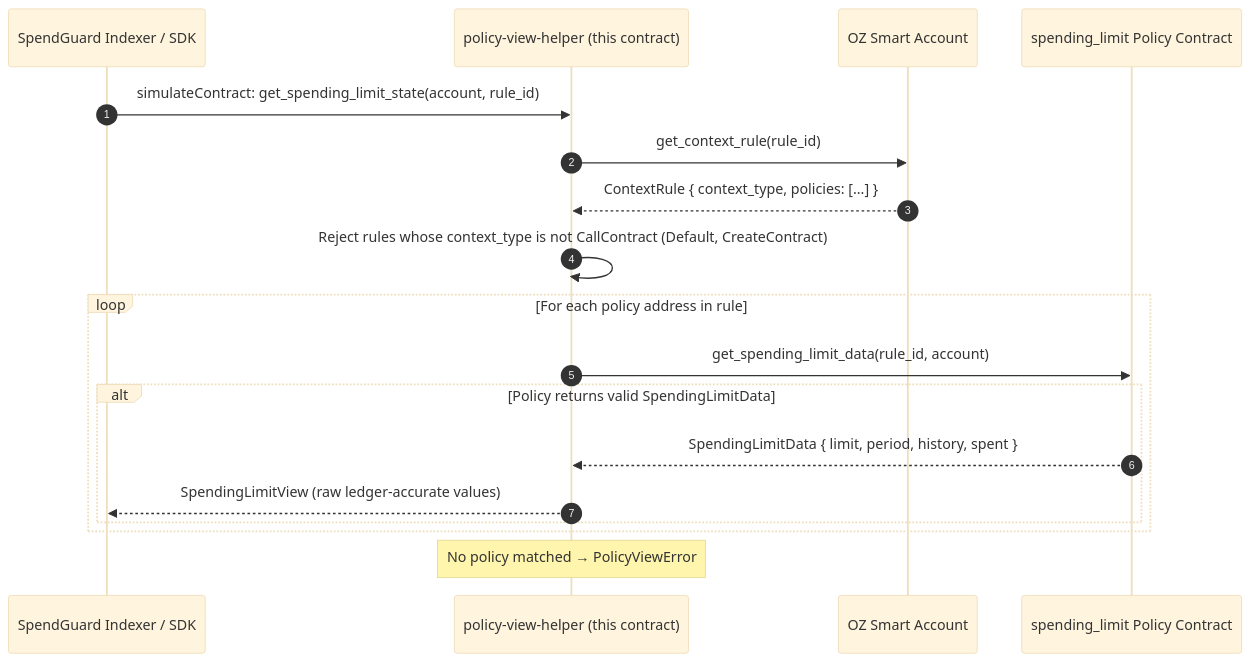
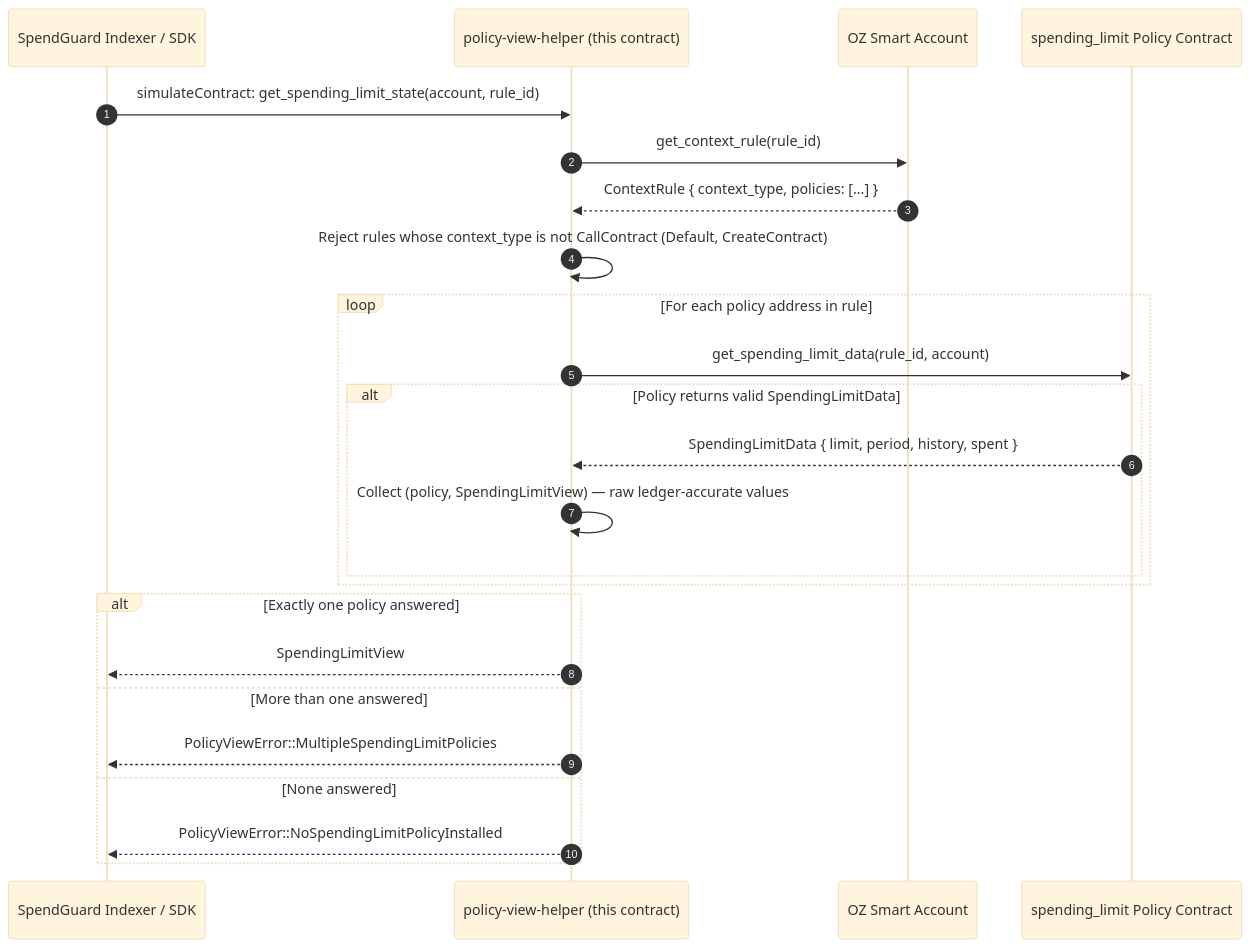
One commit to Spendguard/spendguard-contract changed the diagram in README.md. Above: the diagram before and after it, drawn with Mermaid (base theme). The commit also changed other lines of this file and 4 other files, not shown here.

````diff
--- a/README.md
+++ b/README.md
@@ -52,21 +52,27 @@
 ```mermaid
 sequenceDiagram
     autonumber
     participant IX as SpendGuard Indexer / SDK
     participant VH as policy-view-helper (this contract)
     participant SA as OZ Smart Account
     participant PL as spending_limit Policy Contract
 
     IX->>VH: simulateContract: get_spending_limit_state(account, rule_id)
     VH->>SA: get_context_rule(rule_id)
     SA-->>VH: ContextRule { context_type, policies: [...] }
     VH->>VH: Reject rules whose context_type is not CallContract (Default, CreateContract)
     loop For each policy address in rule
         VH->>PL: get_spending_limit_data(rule_id, account)
         alt Policy returns valid SpendingLimitData
             PL-->>VH: SpendingLimitData { limit, period, history, spent }
-            VH-->>IX: SpendingLimitView (raw ledger-accurate values)
+            VH->>VH: Collect (policy, SpendingLimitView) — raw ledger-accurate values
         end
     end
-    Note over VH: No policy matched → PolicyViewError
+    alt Exactly one policy answered
+        VH-->>IX: SpendingLimitView
+    else More than one answered
+        VH-->>IX: PolicyViewError::MultipleSpendingLimitPolicies
+    else None answered
+        VH-->>IX: PolicyViewError::NoSpendingLimitPolicyInstalled
+    end
 ```
````
